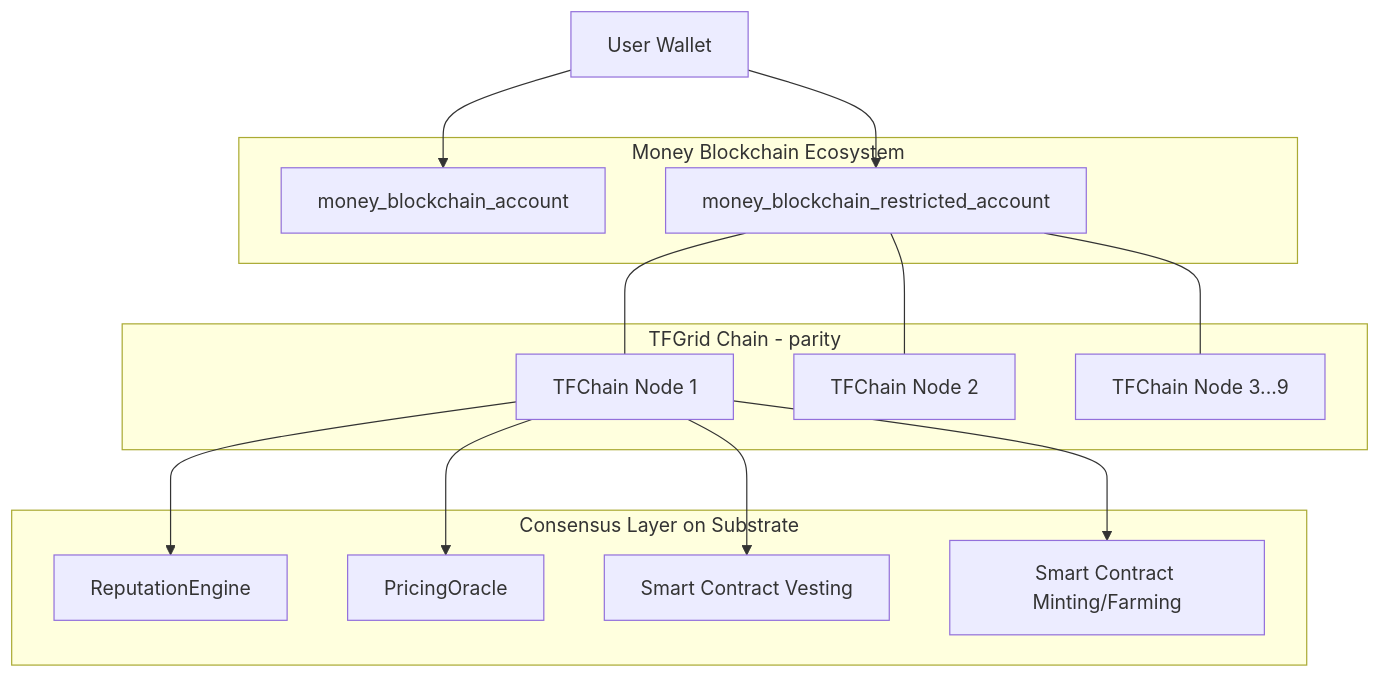
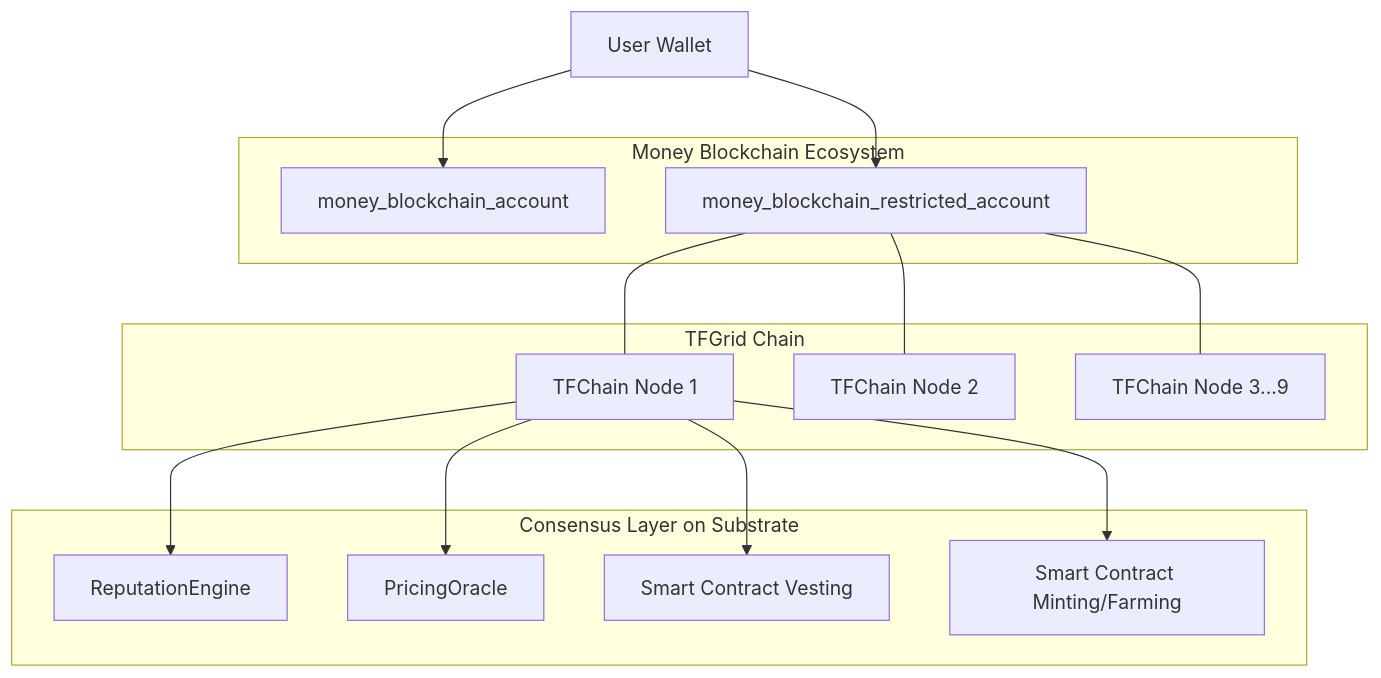
The second of 2 diagrams in wiki/technology/consensus3_mechanism/tfgrid3_wallets.md (threefoldfoundation/info_threefold_pub), drawn with Mermaid before and after one commit. The commit also changed other lines of this file and 5 other files, not shown here.

````diff
--- a/wiki/technology/consensus3_mechanism/tfgrid3_wallets.md
+++ b/wiki/technology/consensus3_mechanism/tfgrid3_wallets.md
@@ -44,28 +44,28 @@
 ```mermaid
 
 graph TB
 
-    subgraph TFChain[TFGrid Chain - parity]
+    subgraph TFChain[TFGrid Chain]
         guardian1[TFChain Node 1]
         guardian2[TFChain Node 2]
         guardian3[TFChain Node 3...9]
     end
 
     User_wallet[User Wallet] --> money_blockchain_account
     User_wallet[User Wallet] --> money_blockchain_restricted_account
 
     subgraph Money Blockchain Ecosystem
         money_blockchain_account
         money_blockchain_restricted_account --- guardian1 & guardian2  & guardian3
     end
 
     subgraph consensus[Consensus Layer on Substrate]
         guardian1 --> ReputationEngine & PricingOracle
         guardian1 --> contract1[Smart Contract Vesting]
         guardian1 --> contract2[Smart Contract Minting/Farming]        
     end
 
 
 
 
 ```
````
